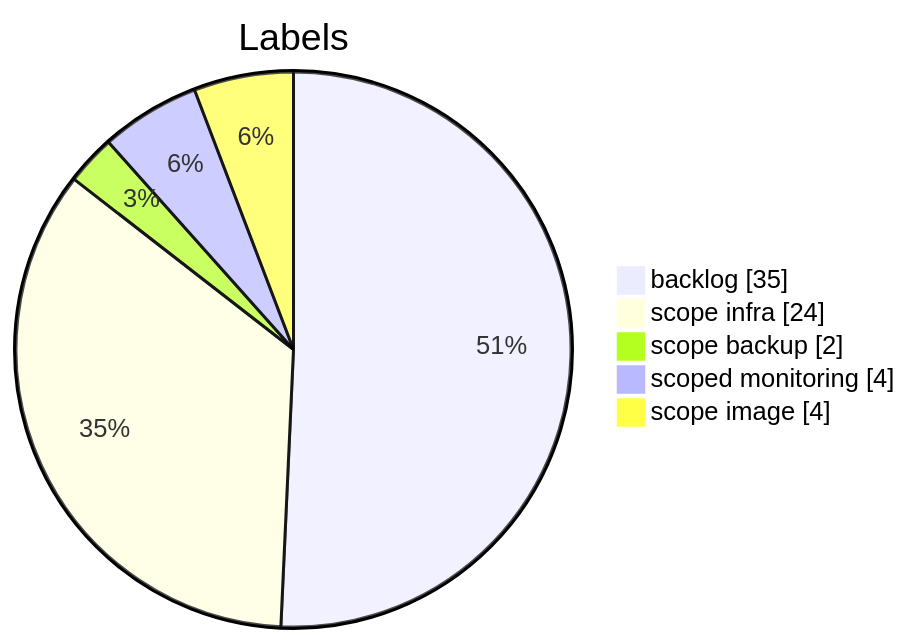
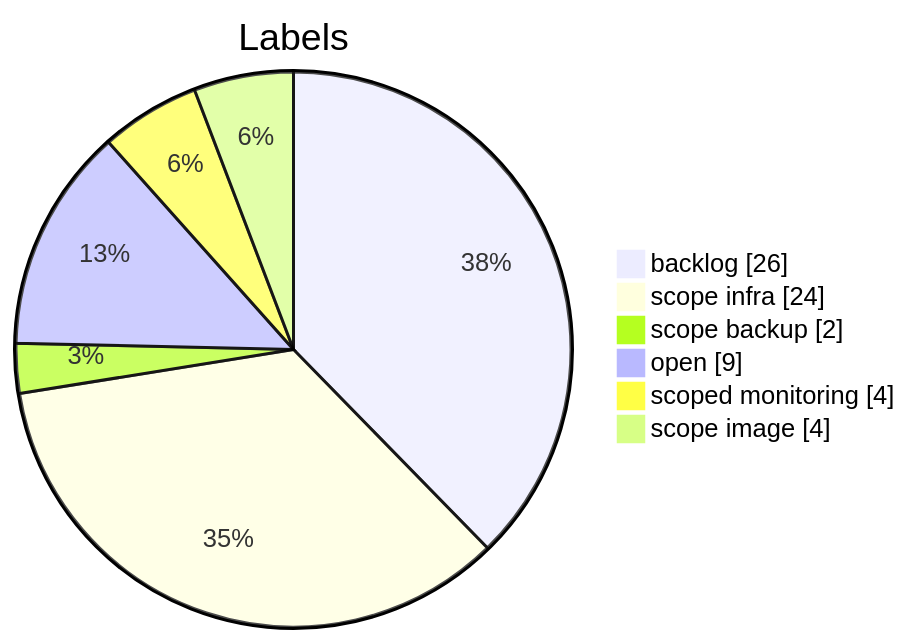
Before and after one commit to Gooseppr/GevOps_LC: the fourth of 10 diagrams in modules/M40.projet-test.md, drawn with Mermaid. The commit also changed other lines of this file, not shown here.

````diff
--- a/modules/M40.projet-test.md
+++ b/modules/M40.projet-test.md
@@ -200,9 +57,10 @@
 ```mermaid
 pie showData
     title Labels
-    "backlog" : 35
+    "backlog" : 26
     "scope  infra" : 24
     "scope  backup" : 2
+    "open" : 9
     "scoped  monitoring" : 4
     "scope  image" : 4
 ```
````
